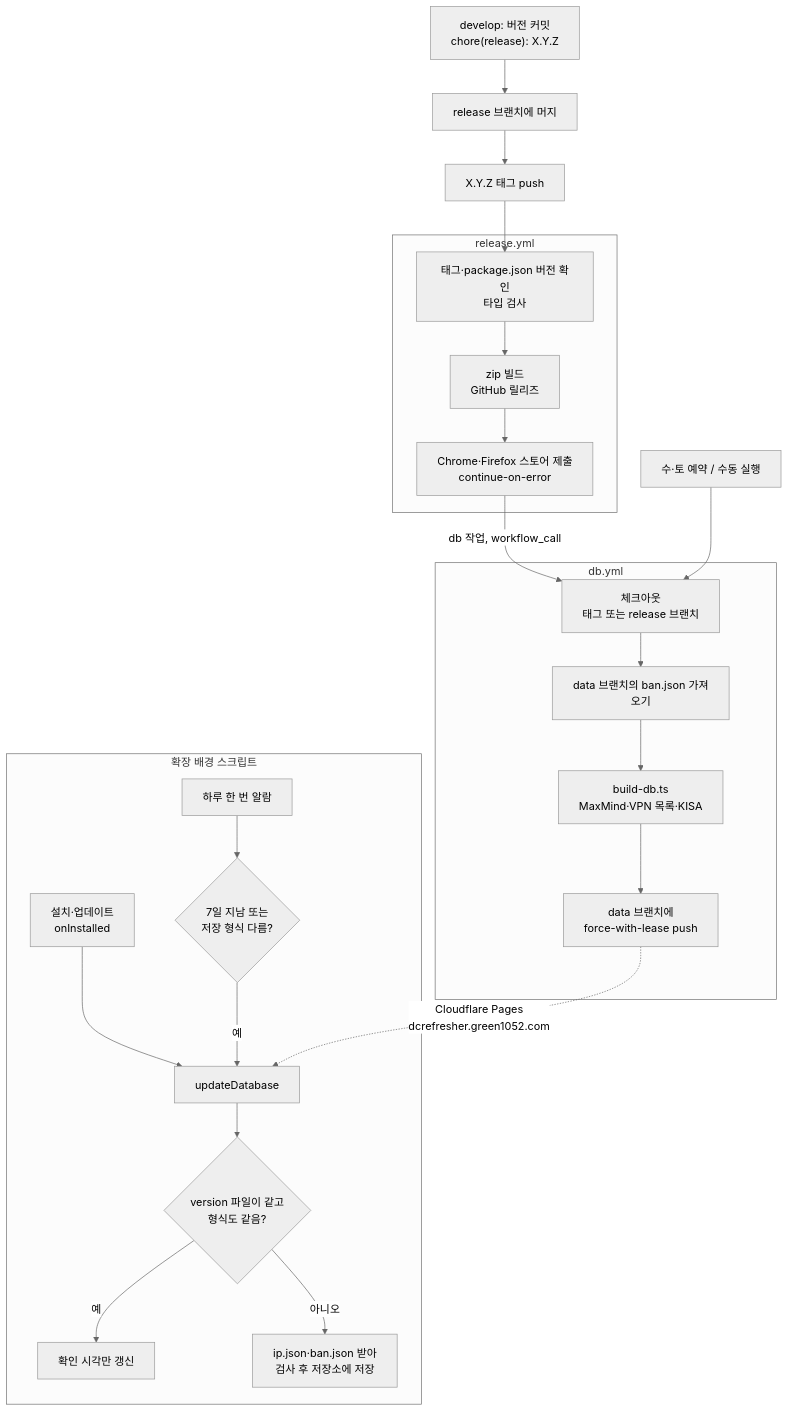
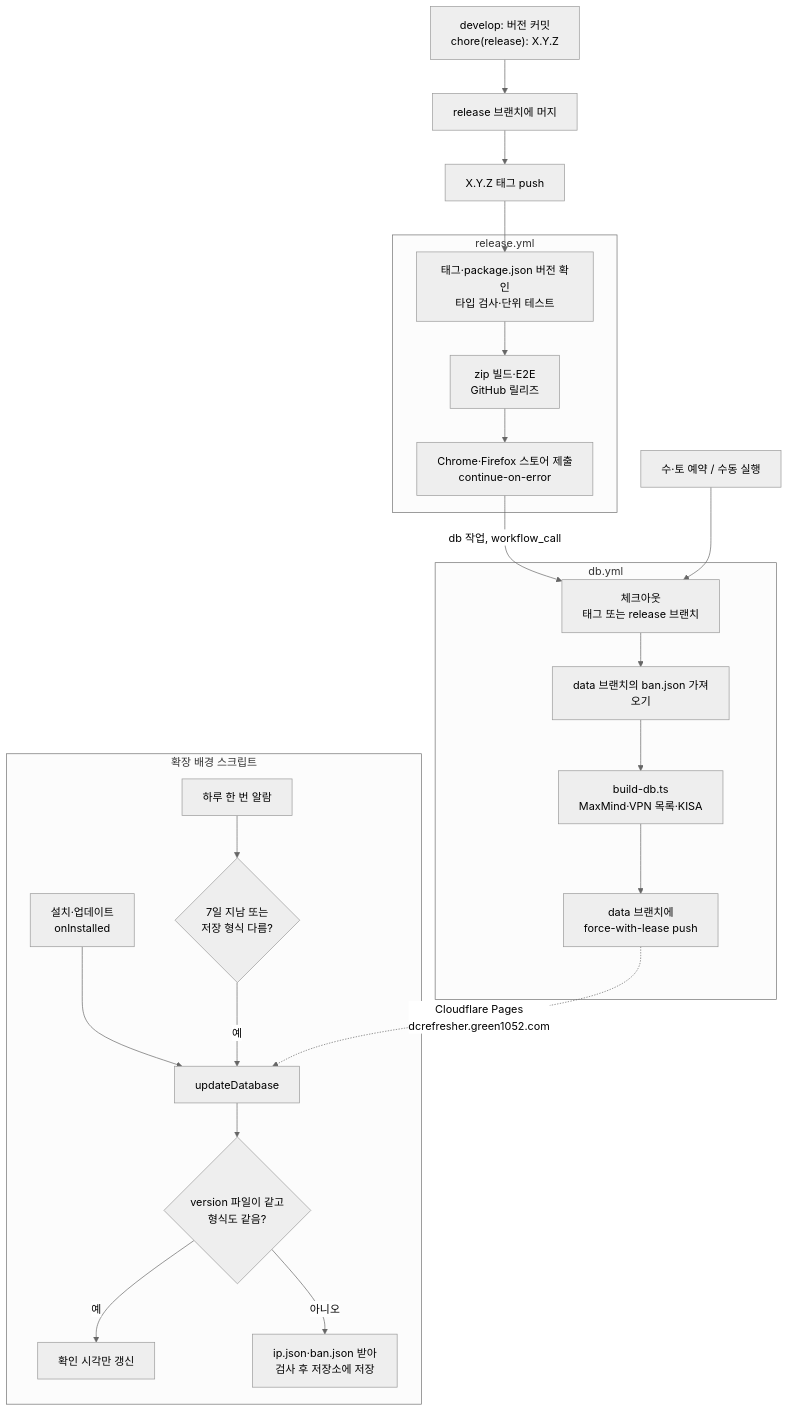
Before and after one commit to green1052/DCRefresher-Reborn: the sixth of 6 diagrams in docs/DEVELOPMENT.md, drawn with Mermaid (neutral theme). The commit also changed other lines of this file and 1 other file, not shown here.

````diff
--- a/docs/DEVELOPMENT.md
+++ b/docs/DEVELOPMENT.md
@@ -568,29 +568,29 @@
 ```mermaid
 flowchart TD
     A["develop: 버전 커밋<br>chore(release): X.Y.Z"] --> B["release 브랜치에 머지"]
     B --> C["X.Y.Z 태그 push"]
 
     subgraph REL["release.yml"]
-        R1["태그·package.json 버전 확인<br>타입 검사"] --> R2["zip 빌드<br>GitHub 릴리즈"]
+        R1["태그·package.json 버전 확인<br>타입 검사·단위 테스트"] --> R2["zip 빌드·E2E<br>GitHub 릴리즈"]
         R2 --> R3["Chrome·Firefox 스토어 제출<br>continue-on-error"]
     end
     C --> R1
 
     subgraph DBW["db.yml"]
         D0["체크아웃<br>태그 또는 release 브랜치"] --> D1["data 브랜치의 ban.json 가져오기"]
         D1 --> D2["build-db.ts<br>MaxMind·VPN 목록·KISA"]
         D2 --> D3["data 브랜치에<br>force-with-lease push"]
     end
     R3 -->|"db 작업, workflow_call"| D0
     CRON["수·토 예약 / 수동 실행"] --> D0
 
     subgraph EXT["확장 배경 스크립트"]
         E1["설치·업데이트<br>onInstalled"] --> U["updateDatabase"]
         E2["하루 한 번 알람"] --> E3{"7일 지남 또는<br>저장 형식 다름?"}
         E3 -->|"예"| U
         U --> V{"version 파일이 같고<br>형식도 같음?"}
         V -->|"예"| T["확인 시각만 갱신"]
         V -->|"아니오"| G["ip.json·ban.json 받아<br>검사 후 저장소에 저장"]
     end
     D3 -.->|"Cloudflare Pages<br>dcrefresher.green1052.com"| U
 ```
````
